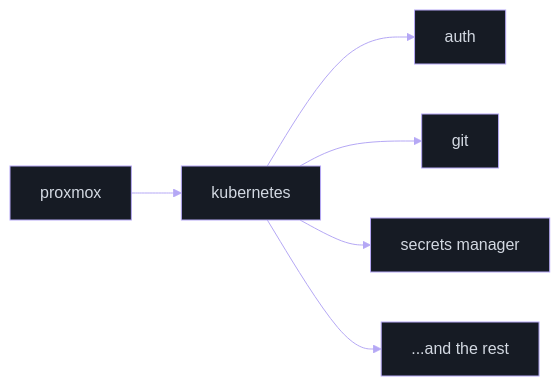
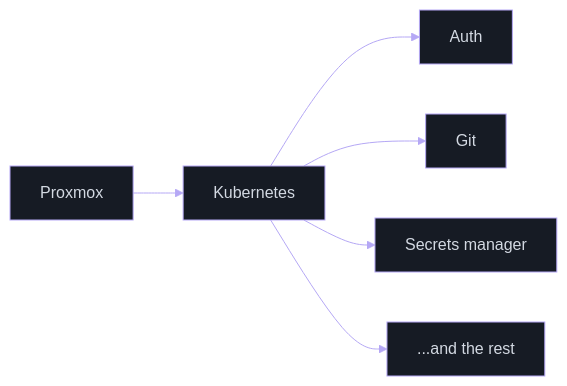
Before and after one commit to Vainnor/vainnor: the diagram in README.md, drawn with Mermaid. The commit also changed other lines of this file, not shown here.

````diff
--- a/README.md
+++ b/README.md
@@ -47,9 +47,9 @@
 ```mermaid
 %%{init: {'theme':'base','themeVariables':{'primaryColor':'#161B24','primaryTextColor':'#D3D9E2','primaryBorderColor':'#B5A8F5','lineColor':'#B5A8F5','fontFamily':'monospace'}}}%%
 flowchart LR
-    pve["proxmox"] --> k8s["kubernetes"]
-    k8s --> auth["auth"]
-    k8s --> git["git"]
-    k8s --> secrets["secrets manager"]
+    pve["Proxmox"] --> k8s["Kubernetes"]
+    k8s --> auth["Auth"]
+    k8s --> git["Git"]
+    k8s --> secrets["Secrets manager"]
     k8s --> rest["...and the rest"]
 ```
````
